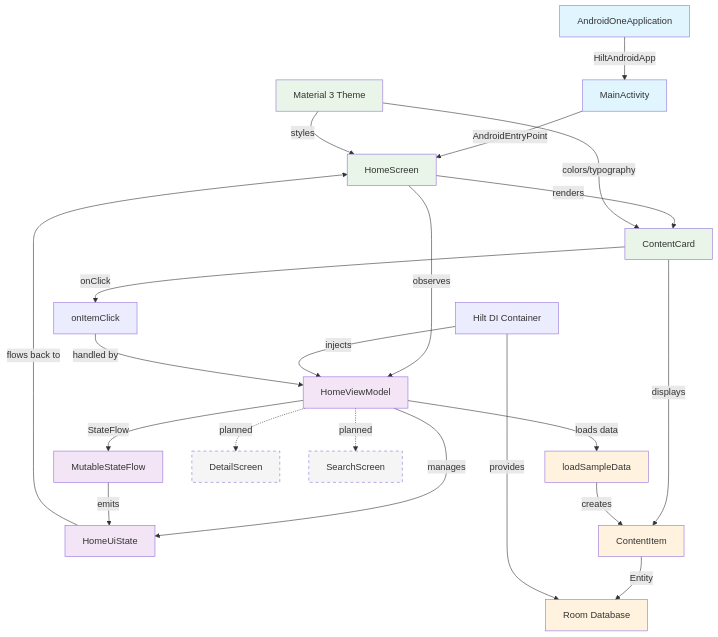
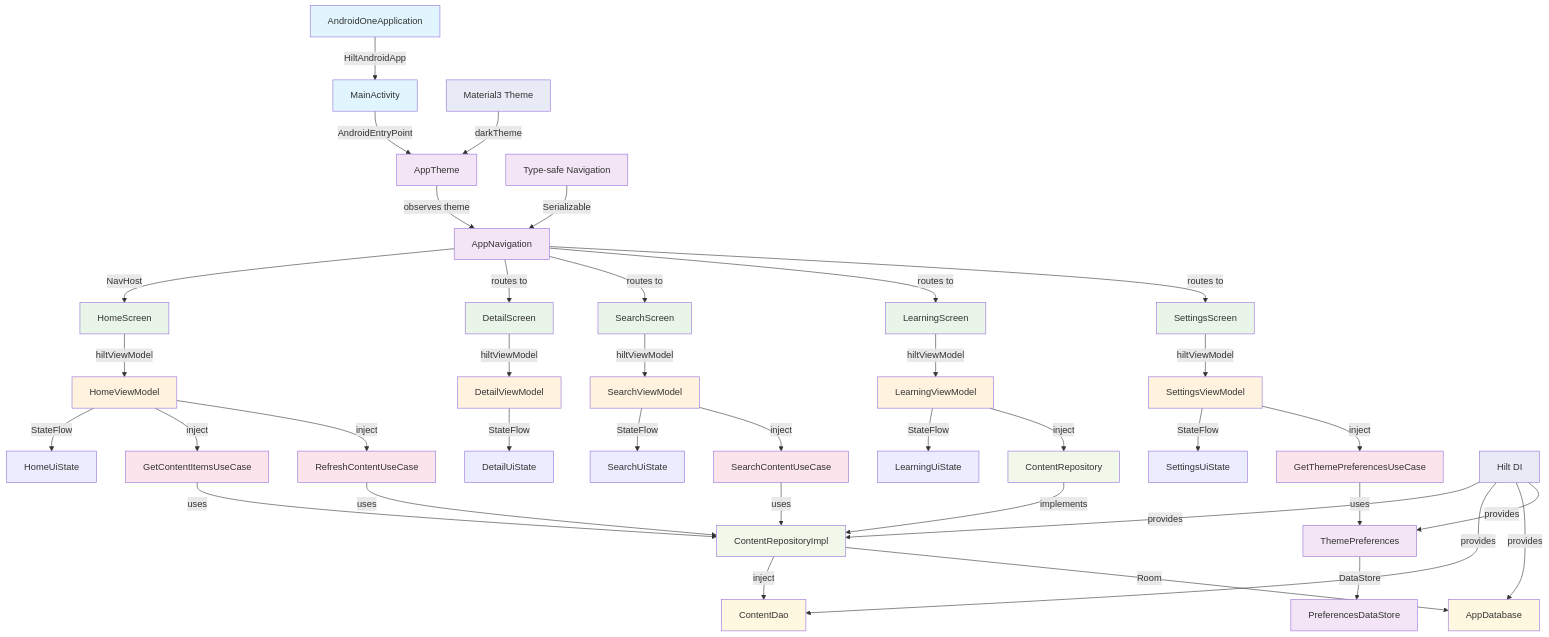
Before and after one commit to robertrahardja/androidone: the second of 3 diagrams in guide.md, drawn with Mermaid. The commit also changed other lines of this file, not shown here.

````diff
--- a/guide.md
+++ b/guide.md
@@ -9,43 +216,69 @@
 ```mermaid
 graph TD
     A[AndroidOneApplication] -->|HiltAndroidApp| B[MainActivity]
-    B -->|AndroidEntryPoint| C[HomeScreen]
+    B -->|AndroidEntryPoint| C[AppTheme]
+    C -->|observes theme| D[AppNavigation]
     
-    C -->|observes| D[HomeViewModel]
-    D -->|manages| E[HomeUiState]
-    E -->|flows back to| C
+    D -->|NavHost| E[HomeScreen]
+    D -->|routes to| F[DetailScreen] 
+    D -->|routes to| G[SearchScreen]
+    D -->|routes to| H[LearningScreen]
+    D -->|routes to| I[SettingsScreen]
     
-    C -->|renders| F[ContentCard]
-    F -->|displays| G[ContentItem]
+    E -->|hiltViewModel| J[HomeViewModel]
+    F -->|hiltViewModel| K[DetailViewModel]
+    G -->|hiltViewModel| L[SearchViewModel]
+    H -->|hiltViewModel| M[LearningViewModel]
+    I -->|hiltViewModel| N[SettingsViewModel]
     
-    G -->|Entity| H[Room Database]
-    D -->|loads data| I[loadSampleData]
-    I -->|creates| G
+    J -->|StateFlow| O[HomeUiState]
+    K -->|StateFlow| P[DetailUiState]
+    L -->|StateFlow| Q[SearchUiState]
+    M -->|StateFlow| R[LearningUiState]
+    N -->|StateFlow| S[SettingsUiState]
     
-    J[Hilt DI Container] -->|injects| D
-    J -->|provides| H
+    J -->|inject| T[GetContentItemsUseCase]
+    J -->|inject| U[RefreshContentUseCase]
+    L -->|inject| V[SearchContentUseCase]
+    M -->|inject| W[ContentRepository]
+    N -->|inject| X[GetThemePreferencesUseCase]
     
-    D -->|StateFlow| K[MutableStateFlow]
-    K -->|emits| E
+    T -->|uses| Y[ContentRepositoryImpl]
+    U -->|uses| Y
+    V -->|uses| Y
+    W -->|implements| Y
     
-    F -->|onClick| L[onItemClick]
-    L -->|handled by| D
+    Y -->|inject| Z[ContentDao]
+    Y -->|Room| AA[AppDatabase]
     
-    D -.->|planned| M[DetailScreen]
-    D -.->|planned| N[SearchScreen]
+    X -->|uses| BB[ThemePreferences]
+    BB -->|DataStore| CC[PreferencesDataStore]
     
-    O[Material 3 Theme] -->|styles| C
-    O -->|colors/typography| F
+    DD[Hilt DI] -->|provides| Y
+    DD -->|provides| Z
+    DD -->|provides| AA
+    DD -->|provides| BB
+    
+    EE[Material3 Theme] -->|darkTheme| C
+    FF[Type-safe Navigation] -->|Serializable| D
     
     classDef application fill:#e1f5fe
-    classDef viewmodel fill:#f3e5f5  
-    classDef ui fill:#e8f5e8
-    classDef data fill:#fff3e0
-    classDef future fill:#f5f5f5,stroke-dasharray:5,5
+    classDef navigation fill:#f3e5f5
+    classDef screens fill:#e8f5e8
+    classDef viewmodel fill:#fff3e0
+    classDef usecase fill:#fce4ec
+    classDef repository fill:#f1f8e9
+    classDef database fill:#fff8e1
+    classDef preferences fill:#f3e5f5
+    classDef di fill:#e8eaf6
     
     class A,B application
-    class D,E,K viewmodel
-    class C,F,O ui
-    class G,H,I data
-    class M,N future
+    class C,D,FF navigation
+    class E,F,G,H,I screens
+    class J,K,L,M,N viewmodel
+    class T,U,V,X usecase
+    class Y,W repository
+    class Z,AA database
+    class BB,CC preferences
+    class DD,EE di
 ```
````
